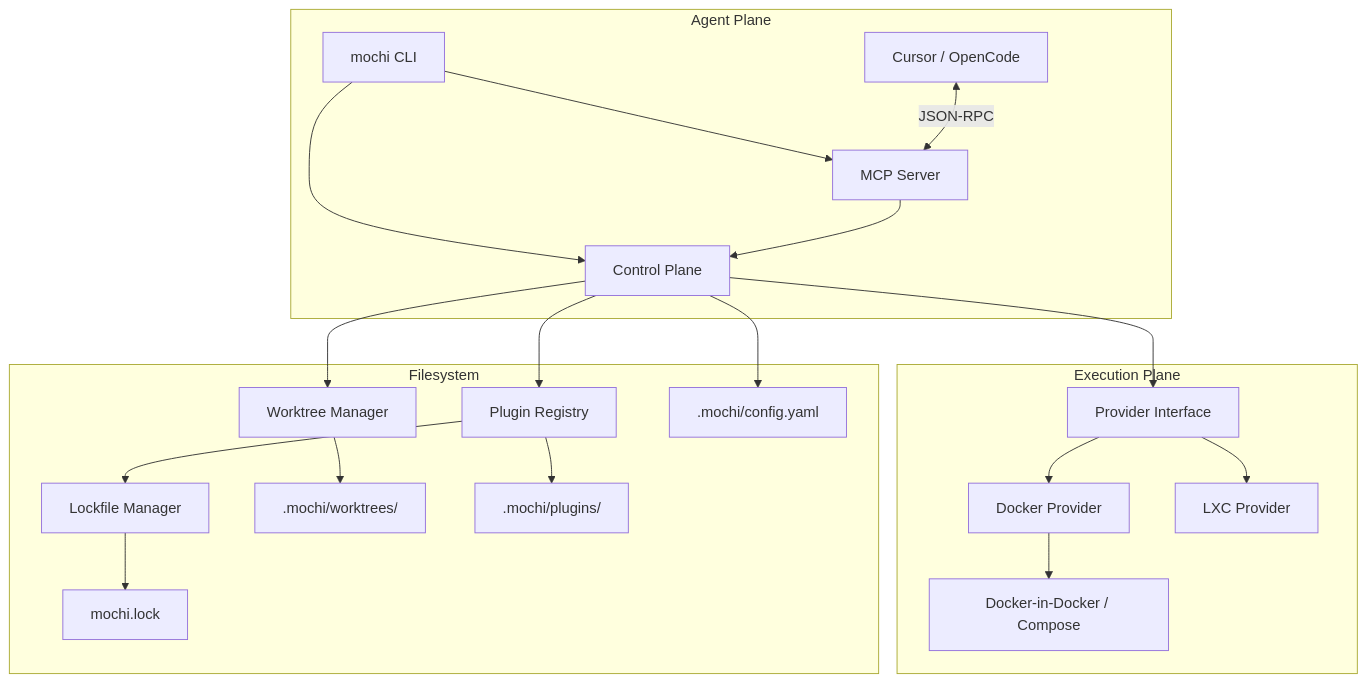
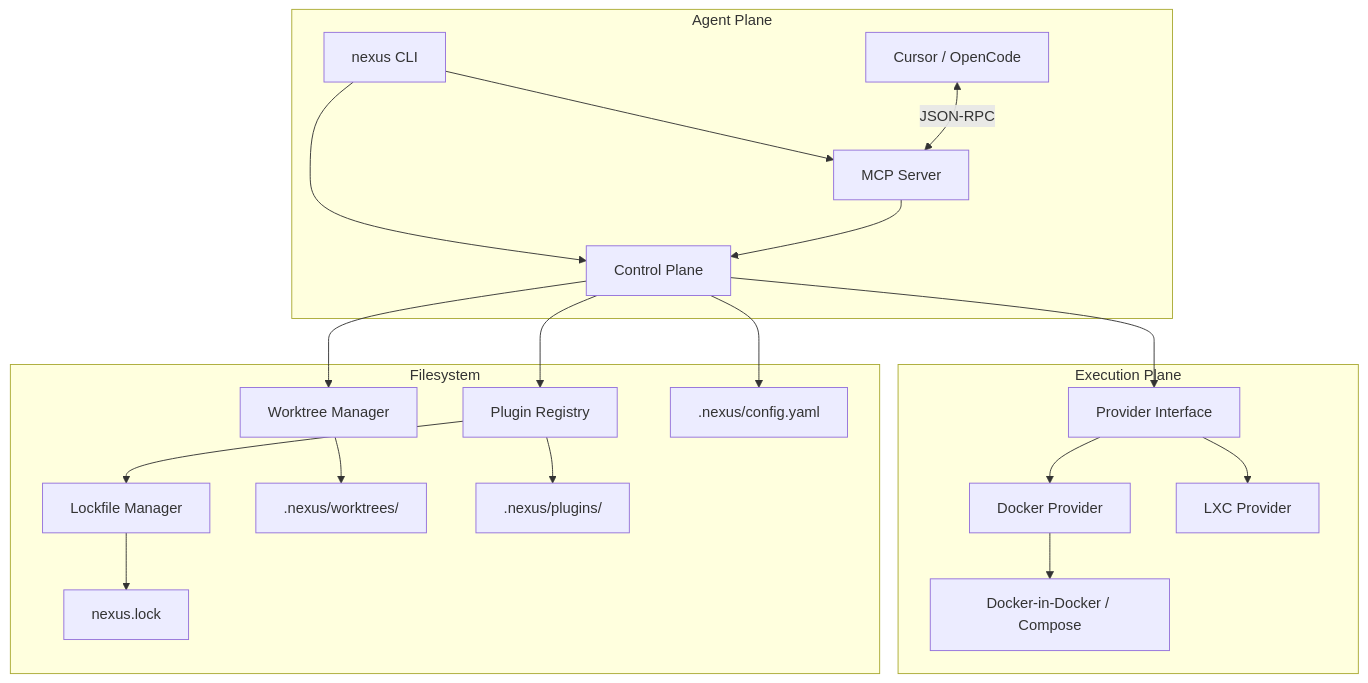
The diagram in docs/specs/technical/architecture.md (IniZio/vendatta), drawn with Mermaid before and after one commit. The commit also changed other lines of this file and 71 other files, not shown here.

````diff
--- a/docs/specs/technical/architecture.md
+++ b/docs/specs/technical/architecture.md
@@ -8,27 +8,27 @@
 ```mermaid
 graph TD
-    CLI[mochi CLI] --> CP[Control Plane]
+    CLI[nexus CLI] --> CP[Control Plane]
     CP --> WM[Worktree Manager]
     CP --> P[Provider Interface]
     CP --> PR[Plugin Registry]
     PR --> LM[Lockfile Manager]
     
     subgraph "Execution Plane"
         P --> Docker[Docker Provider]
         P --> LXC[LXC Provider]
         Docker --> DinD[Docker-in-Docker / Compose]
     end
     
     subgraph "Agent Plane"
         CLI --> MCP[MCP Server]
         MCP --> CP
         UserAgent[Cursor / OpenCode] <-->|JSON-RPC| MCP
     end
 
     subgraph "Filesystem"
-        WM --> WT[.mochi/worktrees/]
-        CP --> CFG[.mochi/config.yaml]
-        PR --> PS[.mochi/plugins/]
-        LM --> LF[mochi.lock]
+        WM --> WT[.nexus/worktrees/]
+        CP --> CFG[.nexus/config.yaml]
+        PR --> PS[.nexus/plugins/]
+        LM --> LF[nexus.lock]
     end
 ```
````
